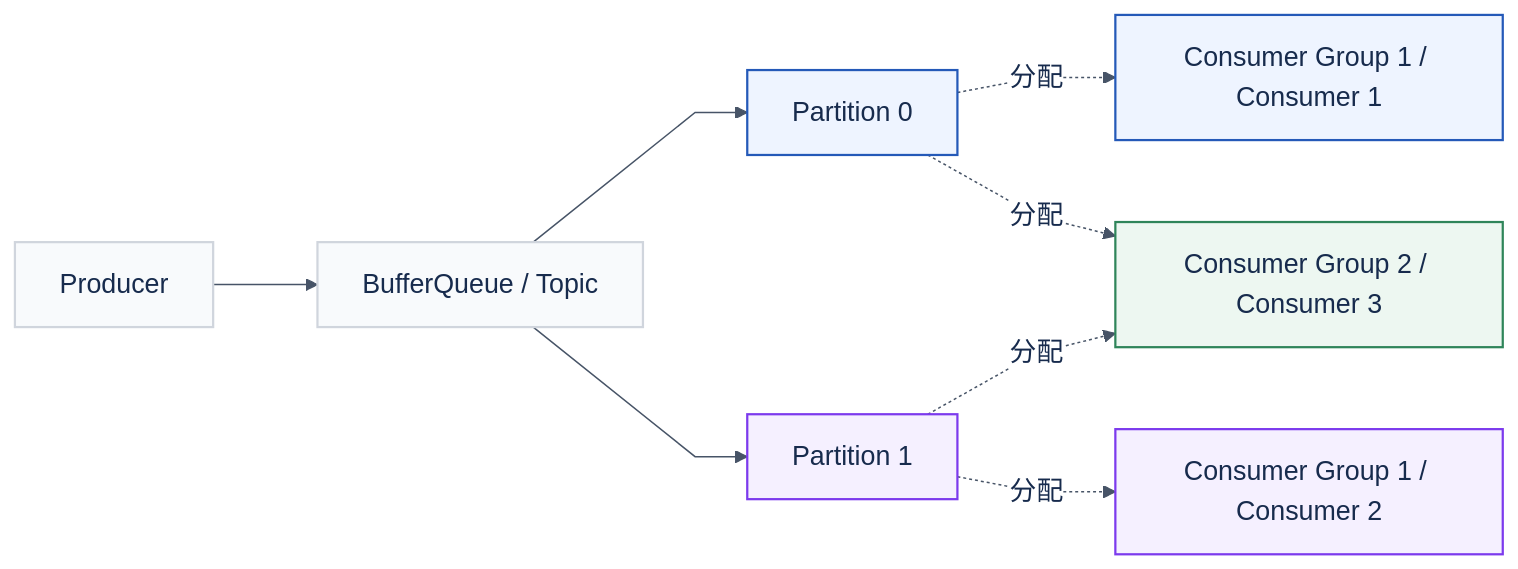
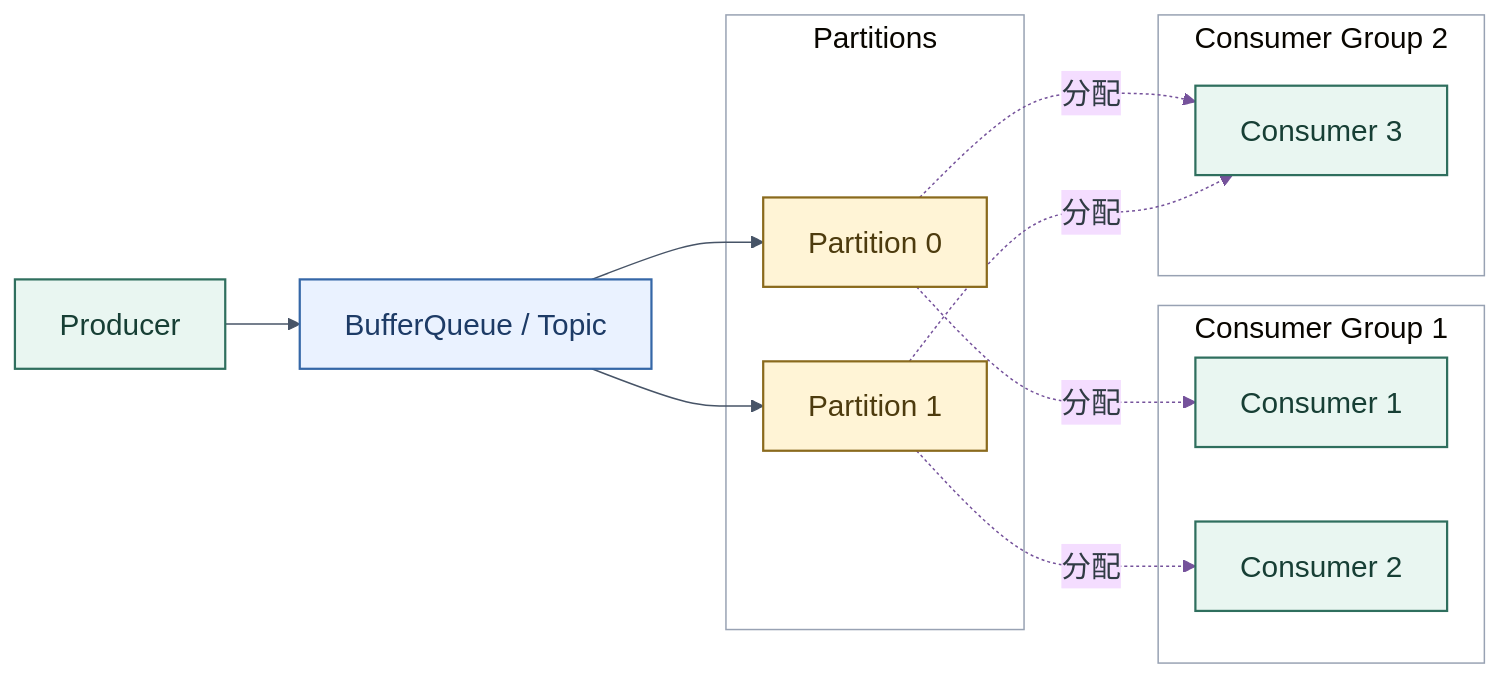
Before and after one commit to eventhorizon-cli/BufferQueue: the diagram in docs/assets/Partition.zh-CN.mmd, drawn with Mermaid. The commit also changed 13 other files, not shown here.

Commit message:
docs: redraw bilingual designs with the original diagram style

```diff
--- a/docs/assets/Partition.zh-CN.mmd
+++ b/docs/assets/Partition.zh-CN.mmd
@@ -1,21 +1,40 @@
-%%{init: {"theme":"base", "flowchart":{"htmlLabels":true,"curve":"linear","nodeSpacing":55,"rankSpacing":70}, "themeVariables":{"background":"#ffffff","fontFamily":"PingFang SC, Arial, Microsoft YaHei, sans-serif","fontSize":"18px","primaryTextColor":"#172b4d","lineColor":"#475467","primaryColor":"#f8fafc","primaryBorderColor":"#d0d5dd","edgeLabelBackground":"#ffffff"}}}%%
+---
+config:
+  theme: base
+  themeVariables:
+    background: "#ffffff"
+    fontFamily: "'PingFang SC', Arial, 'Microsoft YaHei', sans-serif"
+    fontSize: 20px
+    primaryTextColor: "#303b44"
+    lineColor: "#475467"
+    clusterBkg: "#ffffff"
+    clusterBorder: "#98a2b3"
+---
+%% The SVG is the stable layout. Group 2 sits between the partition and Group 1 columns to avoid crossing assignment paths.
 flowchart LR
     P[Producer] --> Q[BufferQueue / Topic]
-    Q --> P0[Partition 0]
-    Q --> P1[Partition 1]
-    P0 -. 分配 .-> C1[Consumer Group 1 / Consumer 1]
-    P1 -. 分配 .-> C2[Consumer Group 1 / Consumer 2]
-    P0 -. 分配 .-> C3[Consumer Group 2 / Consumer 3]
+    subgraph Topic[Partitions]
+        P0[Partition 0]
+        P1[Partition 1]
+    end
+    Q --> P0
+    Q --> P1
+    subgraph G1[Consumer Group 1]
+        C1[Consumer 1]
+        C2[Consumer 2]
+    end
+    subgraph G2[Consumer Group 2]
+        C3[Consumer 3]
+    end
+    P0 -. 分配 .-> C1
+    P1 -. 分配 .-> C2
+    P0 -. 分配 .-> C3
     P1 -. 分配 .-> C3
-    class P,Q core
-    class P0 partitionBlue
-    class P1 partitionPurple
-    class C1 consumerBlue
-    class C2 consumerPurple
-    class C3 consumerGreen
-    classDef core fill:#f8fafc,stroke:#d0d5dd,color:#172b4d,stroke-width:1.5px
-    classDef partitionBlue fill:#eef4ff,stroke:#2459b8,color:#172b4d,stroke-width:1.5px
-    classDef partitionPurple fill:#f5f0ff,stroke:#7c3aed,color:#172b4d,stroke-width:1.5px
-    classDef consumerBlue fill:#eef4ff,stroke:#2459b8,color:#172b4d,stroke-width:1.5px
-    classDef consumerPurple fill:#f5f0ff,stroke:#7c3aed,color:#172b4d,stroke-width:1.5px
-    classDef consumerGreen fill:#edf7f1,stroke:#2f855a,color:#172b4d,stroke-width:1.5px
+    class P,C1,C2,C3 client
+    class Q gateway
+    class P0,P1 storage
+    linkStyle 3,4,5,6 stroke:#75529b
+    classDef gateway fill:#eaf2ff,stroke:#3567a7,color:#1d3b66,stroke-width:1.5px
+    classDef core fill:#edf1f5,stroke:#596773,color:#303b44,stroke-width:1.5px
+    classDef storage fill:#fff4d6,stroke:#8a6a1d,color:#4d3b0e,stroke-width:1.5px
+    classDef client fill:#e9f6f1,stroke:#2f6f5e,color:#173f35,stroke-width:1.5px
```
